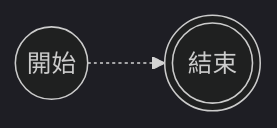
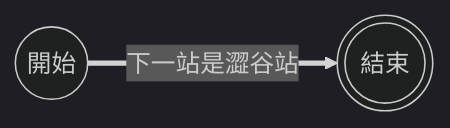
The second of 2 diagrams in 未處理/有文字的粗箭頭連結.md (kuku0508/kuku_note_ver_2), drawn with Mermaid (dark theme) before and after one commit. The commit also changed other lines of this file and 2 other files, not shown here.

````diff
--- a/未處理/有文字的粗箭頭連結.md
+++ b/未處理/有文字的粗箭頭連結.md
@@ -8,6 +8,6 @@
 ```mermaid
 flowchart LR
 A@{shape: circle, label: "開始"}
 B@{shape: dbl-circ, label: "結束"}
-A -.->B
+A == 下一站是澀谷站 ==> B
 ```
````
